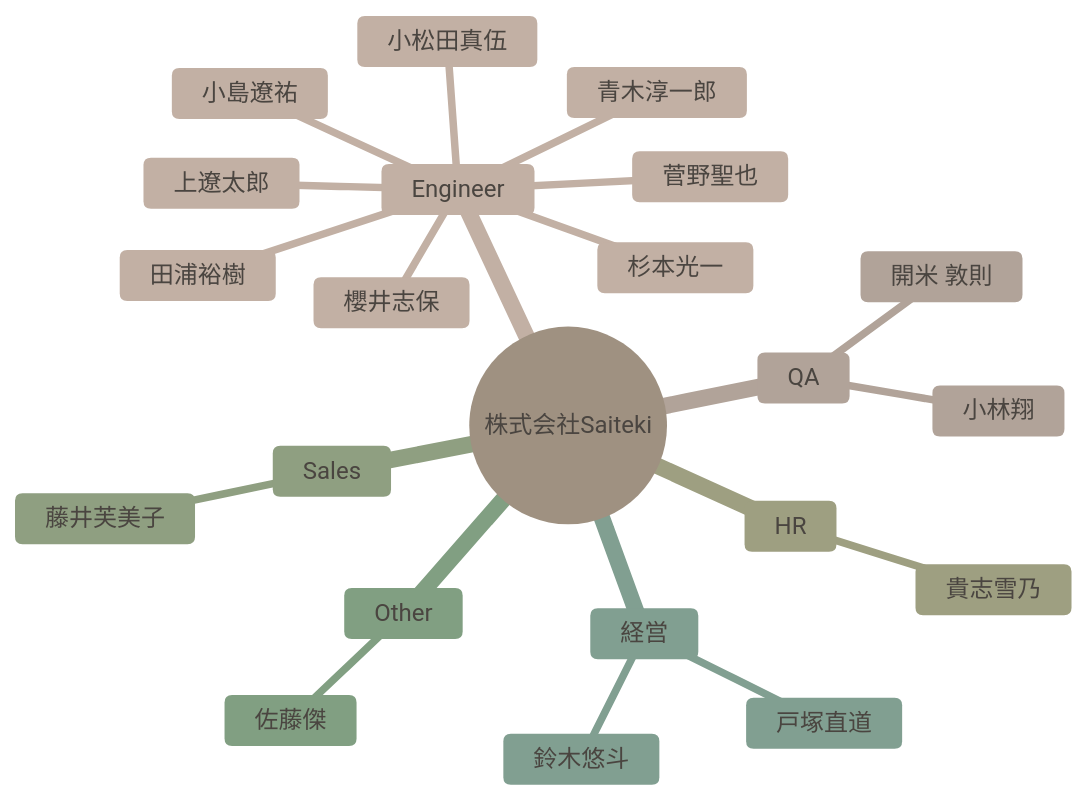
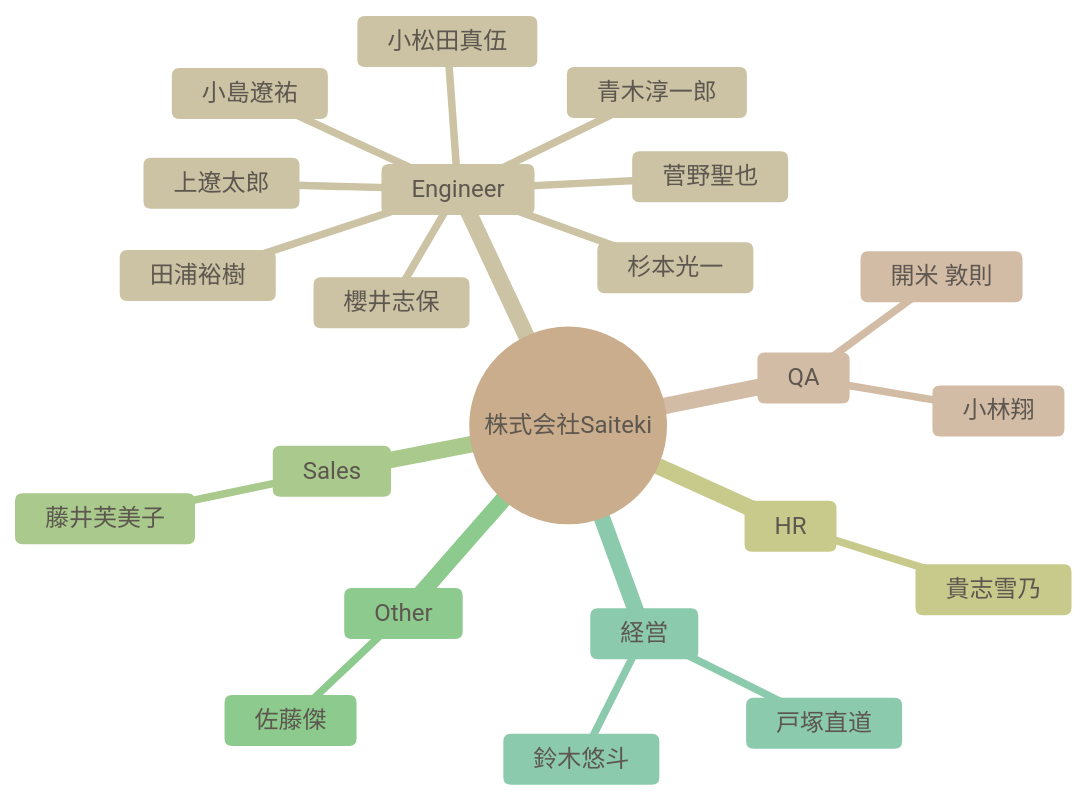
One commit to Saitekiinc-com/saiteki-employee-management changed the diagram in docs/TEAM.md. Above: the diagram before and after it, drawn with Mermaid.

Commit message:
Design: Update TEAM.md with light beige theme manually

````diff
--- a/docs/TEAM.md
+++ b/docs/TEAM.md
@@ -5,37 +5,37 @@
 ```mermaid
 %%{init: {
     'theme': 'base',
     'themeVariables': {
-      'primaryColor': '#D6D0C9',
-      'primaryTextColor': '#4A4540',
-      'primaryBorderColor': '#BBAA99',
-      'lineColor': '#A3998E',
-      'secondaryColor': '#F5F2F0',
-      'tertiaryColor': '#E8E4E1',
+      'primaryColor': '#F2EBE3',
+      'primaryTextColor': '#5D574F',
+      'primaryBorderColor': '#D9CFC1',
+      'lineColor': '#BEB3A5',
+      'secondaryColor': '#FAF9F6',
+      'tertiaryColor': '#FDFCFB',
       'nodeBorder': '1px'
     }
   }}%%
 mindmap
   root((株式会社Saiteki))
     Engineer
       杉本光一
       青木淳一郎
       櫻井志保
       田浦裕樹
       上遼太郎
       小松田真伍
       小島遼祐
       菅野聖也
     QA
       小林翔
       開米 敦則
     HR
       貴志雪乃
     Sales
       藤井芙美子
     Other
       佐藤傑
     経営
       鈴木悠斗
       戸塚直道
 ```
````
